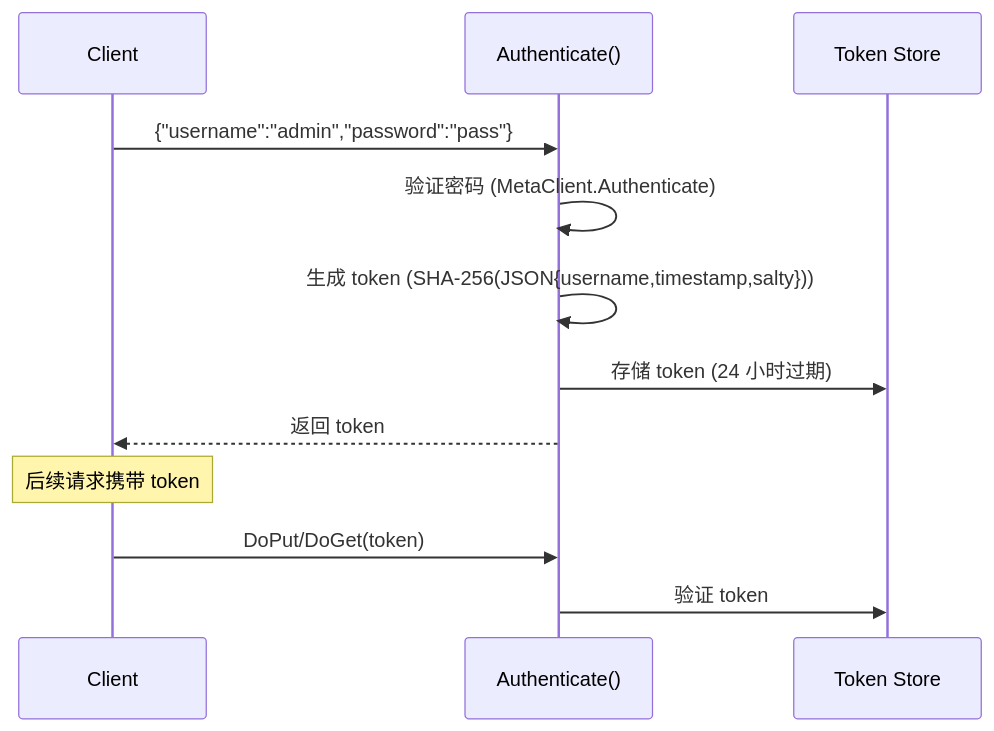
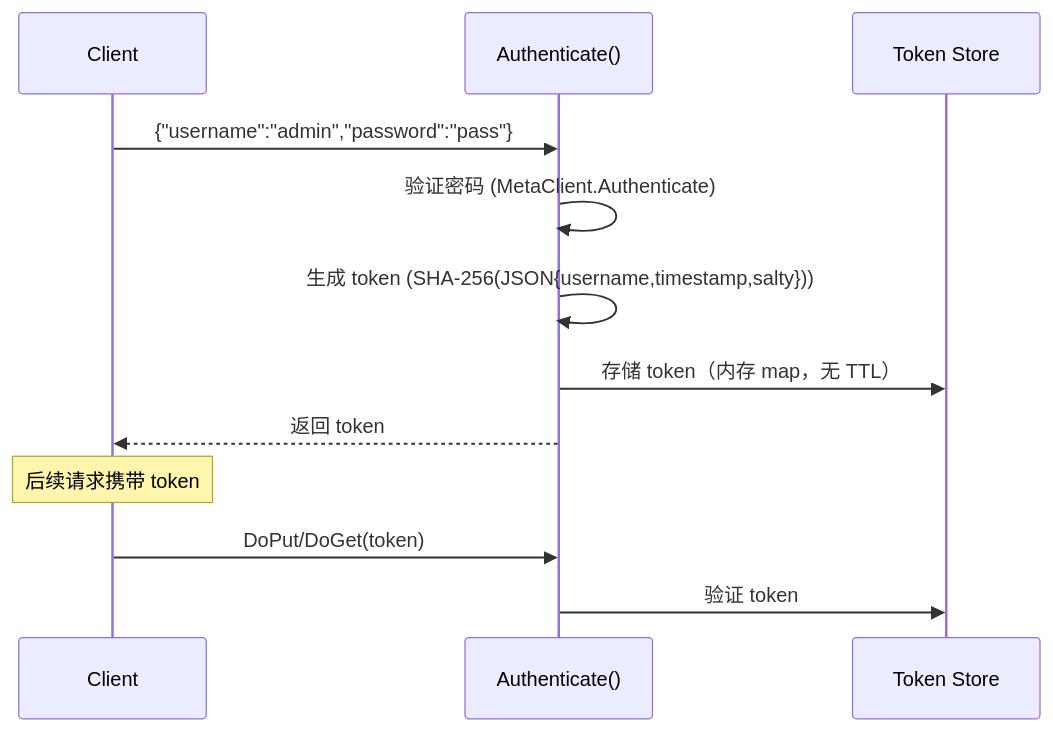
Before and after one commit to stefanv5/openGemini: the fourth of 4 diagrams in docs/specs/22_arrow_flight_spec.md, drawn with Mermaid. The commit also changed other lines of this file and 37 other files, not shown here.

````diff
--- a/docs/specs/22_arrow_flight_spec.md
+++ b/docs/specs/22_arrow_flight_spec.md
@@ -131,16 +133,16 @@
 ```mermaid
 sequenceDiagram
     participant Client as Client
     participant Auth as Authenticate()
     participant Store as Token Store
 
     Client->>Auth: {"username":"admin","password":"pass"}
     Auth->>Auth: 验证密码 (MetaClient.Authenticate)
     Auth->>Auth: 生成 token (SHA-256(JSON{username,timestamp,salty}))
-    Auth->>Store: 存储 token (24 小时过期)
+    Auth->>Store: 存储 token（内存 map，无 TTL）
     Auth-->>Client: 返回 token
 
     Note over Client: 后续请求携带 token
     Client->>Auth: DoPut/DoGet(token)
     Auth->>Store: 验证 token
 ```
````
